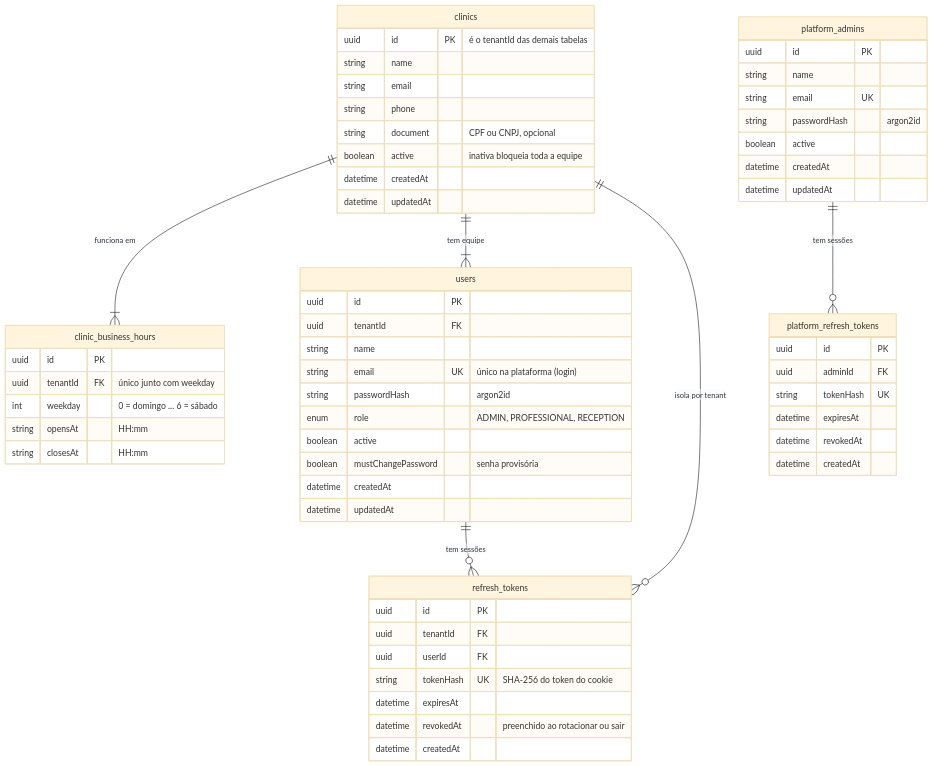
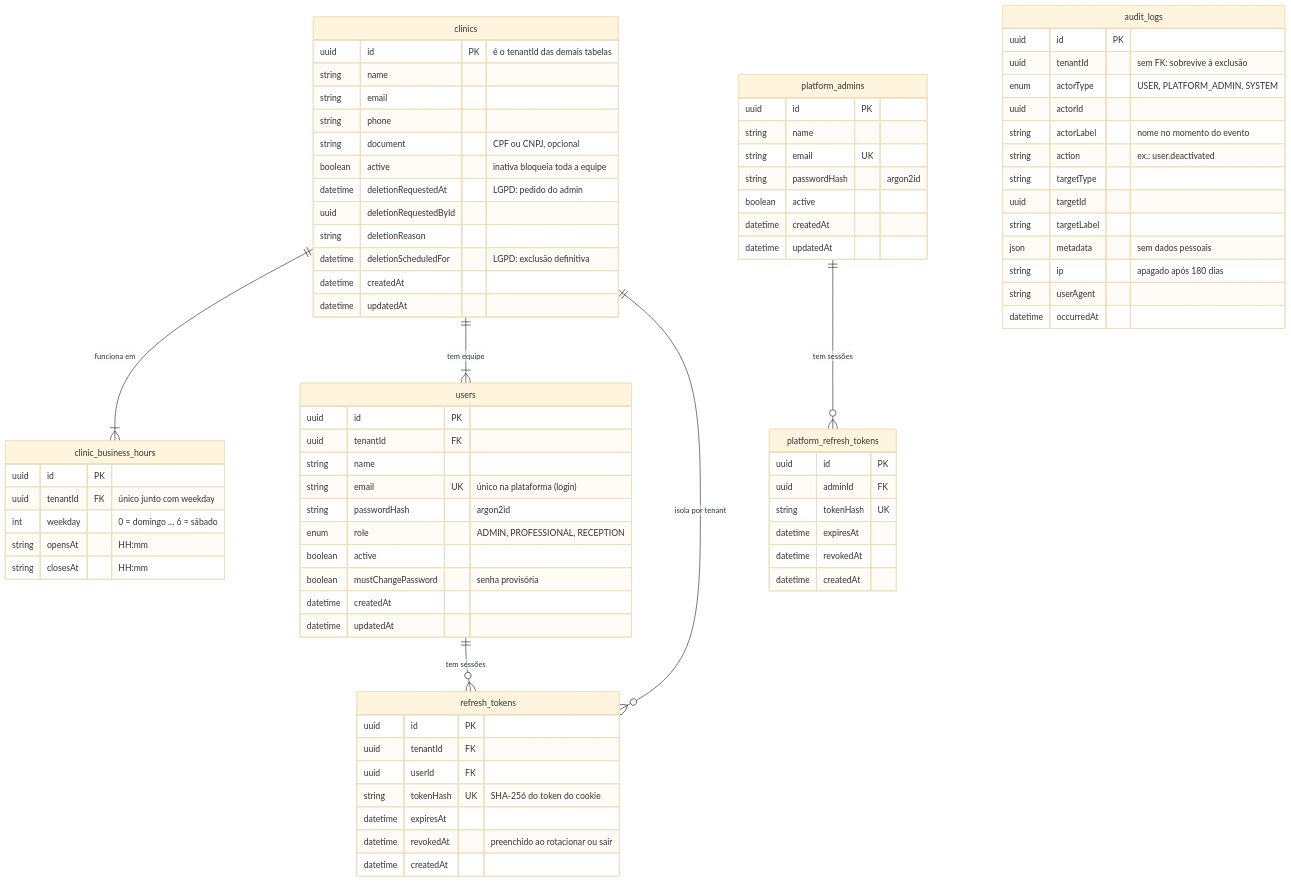
Before and after one commit to agatavitoria/saas-clinicas: the diagram in README.md, drawn with Mermaid (base theme). The commit also changed other lines of this file and 65 other files, not shown here.

````diff
--- a/README.md
+++ b/README.md
@@ -162,6 +178,10 @@
         string phone
         string document "CPF ou CNPJ, opcional"
         boolean active "inativa bloqueia toda a equipe"
+        datetime deletionRequestedAt "LGPD: pedido do admin"
+        uuid deletionRequestedById
+        string deletionReason
+        datetime deletionScheduledFor "LGPD: exclusão definitiva"
         datetime createdAt
         datetime updatedAt
     }
@@ -215,4 +235,20 @@
         datetime revokedAt
         datetime createdAt
     }
+
+    audit_logs {
+        uuid id PK
+        uuid tenantId "sem FK: sobrevive à exclusão"
+        enum actorType "USER, PLATFORM_ADMIN, SYSTEM"
+        uuid actorId
+        string actorLabel "nome no momento do evento"
+        string action "ex.: user.deactivated"
+        string targetType
+        uuid targetId
+        string targetLabel
+        json metadata "sem dados pessoais"
+        string ip "apagado após 180 dias"
+        string userAgent
+        datetime occurredAt
+    }
 ```
````
